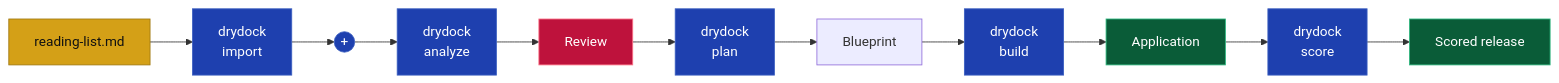
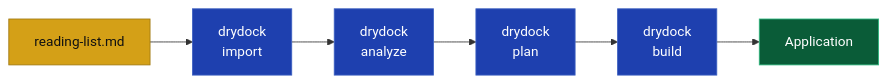
Before and after one commit to webcloudstudio/Drydock: the second of 2 diagrams in docs/QUICK_START.md, drawn with Mermaid. The commit also changed other lines of this file and 10 other files, not shown here.

````diff
--- a/docs/QUICK_START.md
+++ b/docs/QUICK_START.md
@@ -183,19 +178,18 @@
 ```mermaid
 flowchart LR
     N["reading-list.md"] --> IMP["drydock<br/>import"]
-    IMP --> PLUS(("+")) --> ANA["drydock<br/>analyze"]
-    ANA --> R["Review"] --> PLAN["drydock<br/>plan"]
-    PLAN --> B["Blueprint"] --> BUILD["drydock<br/>build"]
-    BUILD --> C["Application"] --> SCORE["drydock<br/>score"]
-    SCORE --> V["Scored release"]
+    IMP --> ANA["drydock<br/>analyze"]
+    ANA --> PLAN["drydock<br/>plan"]
+    PLAN --> BUILD["drydock<br/>build"]
+    BUILD --> C["Application"]
 
     classDef input fill:#d4a017,stroke:#a07810,color:#111
     classDef review fill:#be123c,stroke:#fb7185,color:#fff
     classDef governed fill:#1e40af,stroke:#3b5fc0,color:#fff
     classDef output fill:#0a5c38,stroke:#2cb67d,color:#fff
     class N input
     class IMP,ANA,PLAN,BUILD,SCORE governed
     class R review
     class PLUS governed
     class C,V output
 ```
````
